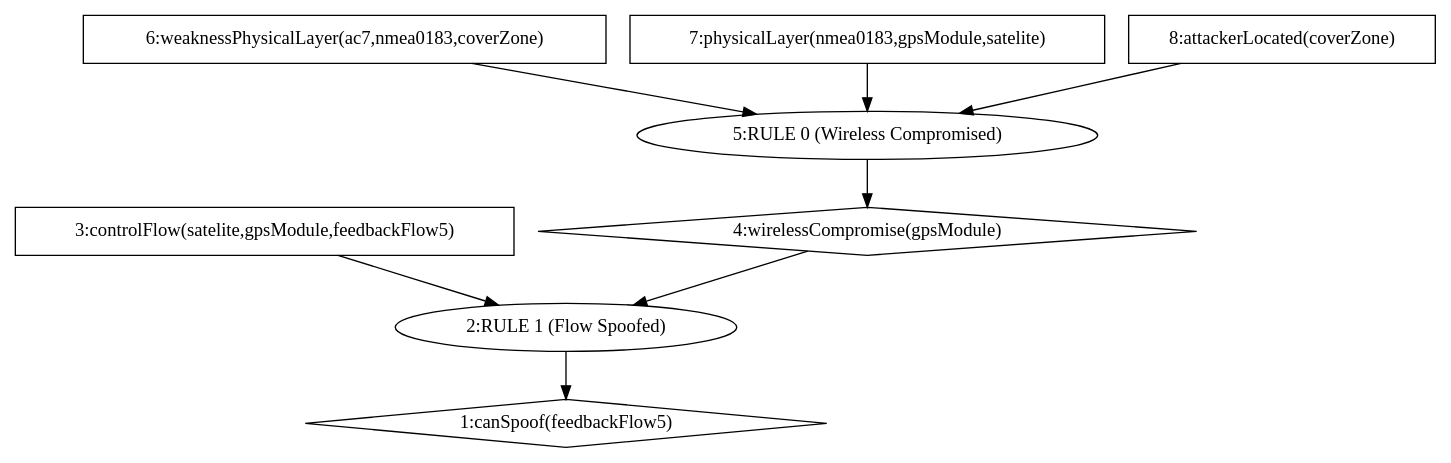
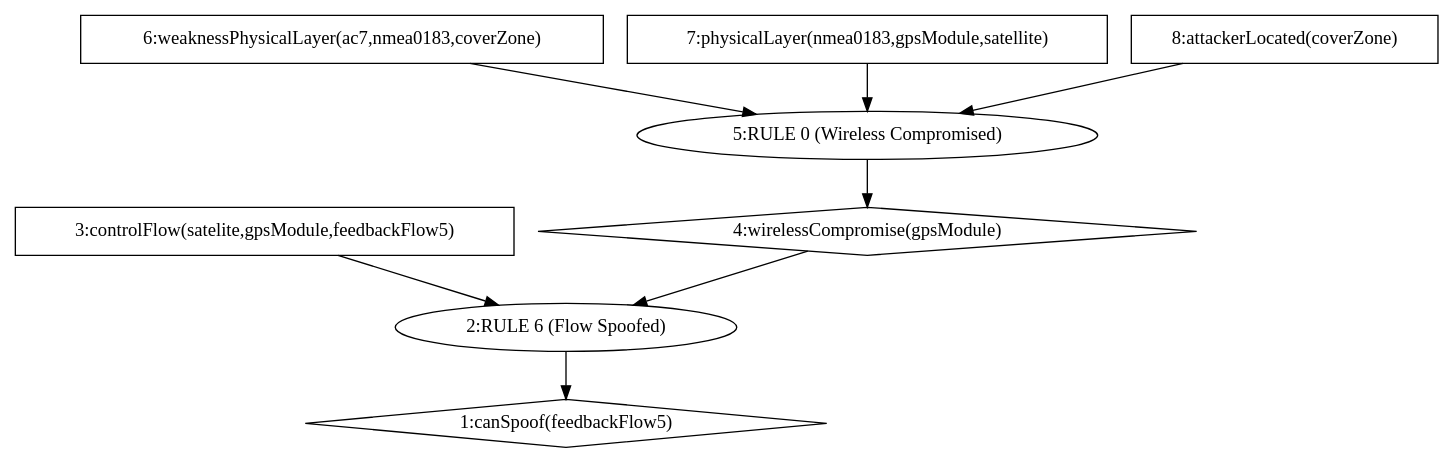
The diagram in AttackGraph/output/AttackGraph.dot (NS-unina/GCAP_Mod), drawn with Graphviz before and after one commit. The commit also changed 46 other files, not shown here.

```diff
--- a/AttackGraph/output/AttackGraph.dot
+++ b/AttackGraph/output/AttackGraph.dot
@@ -1,17 +1,17 @@
 digraph G {
 	1 [label="1:canSpoof(feedbackFlow5)",shape=diamond];
-	2 [label="2:RULE 1 (Flow Spoofed)",shape=ellipse];
+	2 [label="2:RULE 6 (Flow Spoofed)",shape=ellipse];
 	3 [label="3:controlFlow(satelite,gpsModule,feedbackFlow5)",shape=box];
 	4 [label="4:wirelessCompromise(gpsModule)",shape=diamond];
 	5 [label="5:RULE 0 (Wireless Compromised)",shape=ellipse];
 	6 [label="6:weaknessPhysicalLayer(ac7,nmea0183,coverZone)",shape=box];
-	7 [label="7:physicalLayer(nmea0183,gpsModule,satelite)",shape=box];
+	7 [label="7:physicalLayer(nmea0183,gpsModule,satellite)",shape=box];
 	8 [label="8:attackerLocated(coverZone)",shape=box];
 	3 -> 	2;
 	6 -> 	5;
 	7 -> 	5;
 	8 -> 	5;
 	5 -> 	4;
 	4 -> 	2;
 	2 -> 	1;
 }
```
